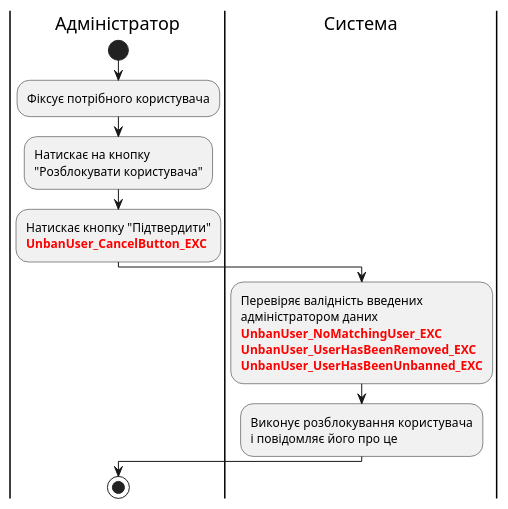
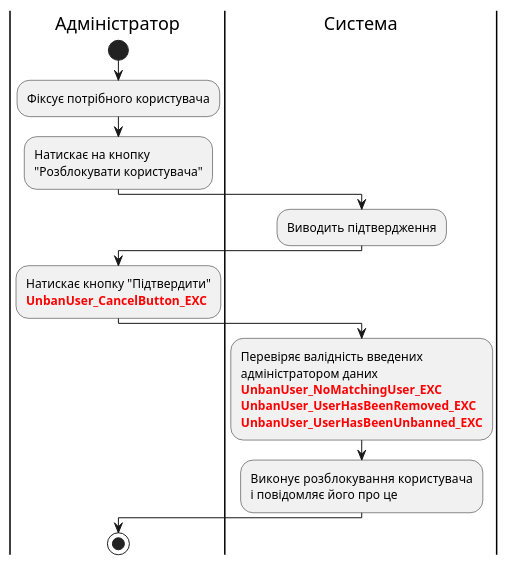
Diagram 23 of 24 in docs/use cases/README.md (boldak/edu-db-cw), drawn with PlantUML before and after one commit. The commit also changed other lines of this file, not shown here.

```diff
--- a/docs/use cases/README.md
+++ b/docs/use cases/README.md
@@ -1369,15 +1384,20 @@
 @startuml
 
 |Адміністратор|
 start;
 :Фіксує потрібного користувача;
 :Натискає на кнопку\n"Розблокувати користувача";
+
+|Система|
+:Виводить підтвердження;
+
+|Адміністратор|
 :Натискає кнопку "Підтвердити"\n<font color="red"><b>UnbanUser_CancelButton_EXC;
 
 |Система|
 :Перевіряє валідність введених\nадміністратором даних\n<font color="red"><b>UnbanUser_NoMatchingUser_EXC\n<font color="red"><b>UnbanUser_UserHasBeenRemoved_EXC\n<font color="red"><b>UnbanUser_UserHasBeenUnbanned_EXC;
 :Виконує розблокування  користувача\nі повідомляє його про це;
 
 |Адміністратор|
 stop;
 @enduml
```
